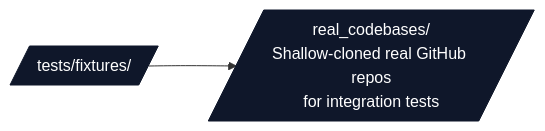
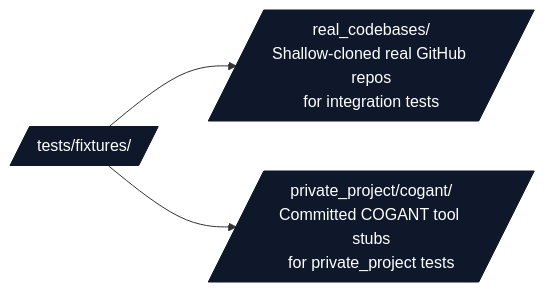
One commit to docxology/template changed the diagram in tests/fixtures/AGENTS.md. Above: the diagram before and after it, drawn with Mermaid. The commit also changed other lines of this file and 317 other files, not shown here.

````diff
--- a/tests/fixtures/AGENTS.md
+++ b/tests/fixtures/AGENTS.md
@@ -9,8 +9,9 @@
 ```mermaid
 flowchart LR
     F[/tests/fixtures//]
     F --> RC[/real_codebases/<br/>Shallow-cloned real GitHub repos<br/>for integration tests/]
+    F --> PP[/private_project/cogant/<br/>Committed COGANT tool stubs<br/>for private_project tests/]
 
     classDef d fill:#0f172a,stroke:#0f172a,color:#fff
-    class F,RC d
+    class F,RC,PP d
 ```
````
